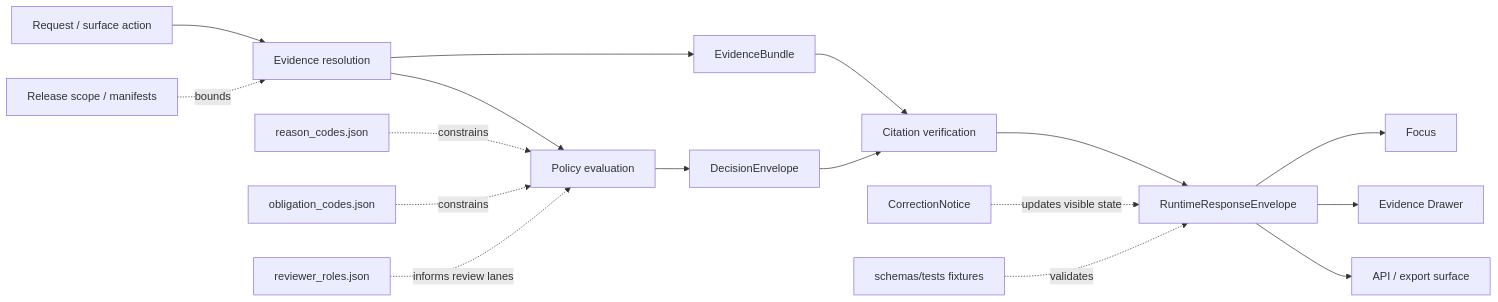
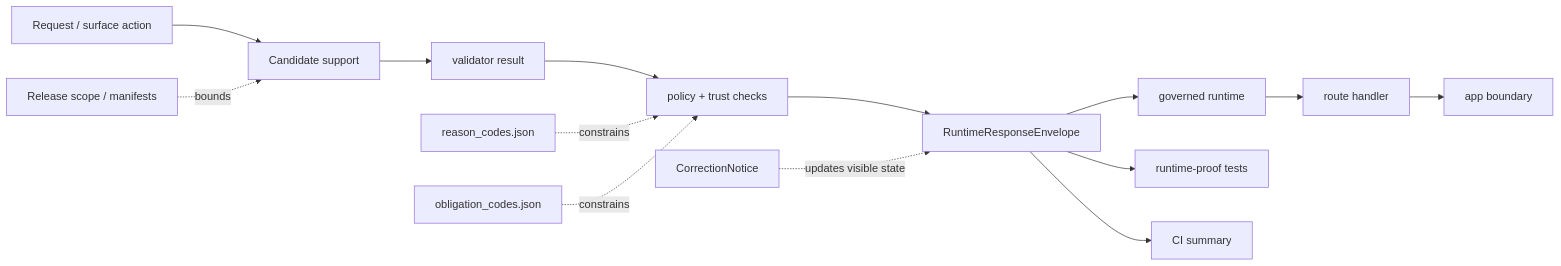
The diagram in schemas/contracts/v1/runtime/README.md (bartytime4life/Kansas-Frontier-Matrix), drawn with Mermaid before and after one commit. The commit also changed other lines of this file, not shown here.

First line of the commit message:
Revise README.md for runtime contract updates

````diff
--- a/schemas/contracts/v1/runtime/README.md
+++ b/schemas/contracts/v1/runtime/README.md
@@ -289,20 +389,18 @@
 ```mermaid
 flowchart LR
-    A[Request / surface action] --> B[Evidence resolution]
-    B --> C[EvidenceBundle]
-    B --> D[Policy evaluation]
-    D --> E[DecisionEnvelope]
-    C --> F[Citation verification]
-    E --> F
-    F --> G[RuntimeResponseEnvelope]
-    G --> H[Focus]
-    G --> I[Evidence Drawer]
-    G --> J[API / export surface]
+    A[Request / surface action] --> B[Candidate support]
+    B --> C[validator result]
+    C --> D[policy + trust checks]
+    D --> E[RuntimeResponseEnvelope]
+
+    E --> F[governed runtime]
+    F --> G[route handler]
+    G --> H[app boundary]
+    E --> I[runtime-proof tests]
+    E --> J[CI summary]
 
     K[reason_codes.json] -. constrains .-> D
     L[obligation_codes.json] -. constrains .-> D
-    M[reviewer_roles.json] -. informs review lanes .-> D
-    N[Release scope / manifests] -. bounds .-> B
-    O[CorrectionNotice] -. updates visible state .-> G
-    P[schemas/tests fixtures] -. validates .-> G
+    M[Release scope / manifests] -. bounds .-> B
+    N[CorrectionNotice] -. updates visible state .-> E
 ```
````
